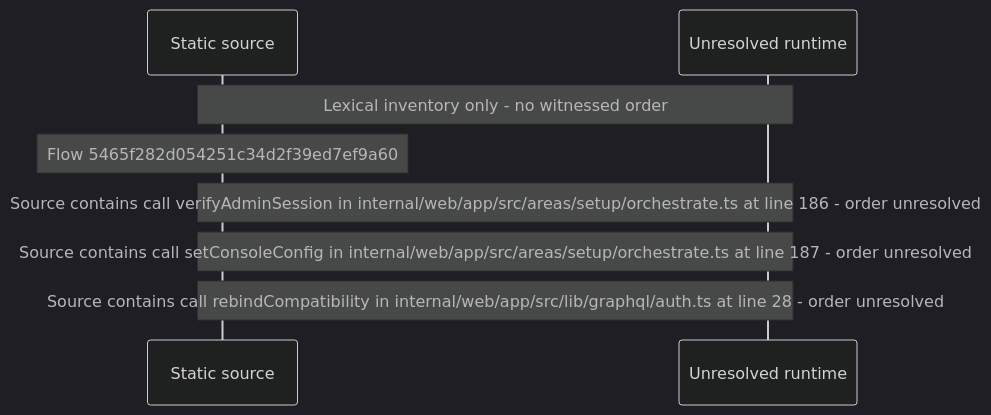
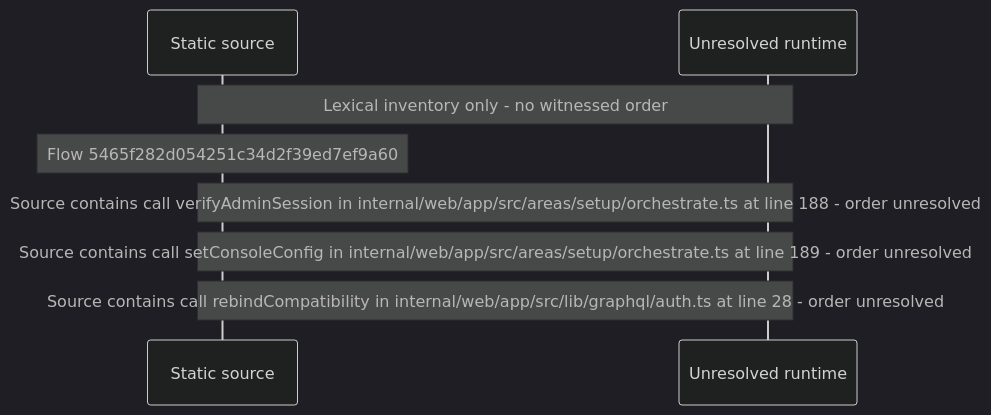
One commit to beamfall/core changed the diagram in docs/web/flows/generated/5465f282d054251c34d2f39ed7ef9a60/flow-diagram.md. Above: the diagram before and after it, drawn with Mermaid (dark theme). The commit also changed other lines of this file and 715 other files, not shown here.

First line of the commit message:
Regenerate the web flow record on main after CORE-1117

````diff
--- a/docs/web/flows/generated/5465f282d054251c34d2f39ed7ef9a60/flow-diagram.md
+++ b/docs/web/flows/generated/5465f282d054251c34d2f39ed7ef9a60/flow-diagram.md
@@ -10,10 +10,10 @@
 ```mermaid
 sequenceDiagram
     participant S as Static source
     participant U as Unresolved runtime
     Note over S,U: Lexical inventory only - no witnessed order
     Note over S: Flow 5465f282d054251c34d2f39ed7ef9a60
-    Note over S,U: Source contains call verifyAdminSession in internal/web/app/src/areas/setup/orchestrate.ts at line 186 - order unresolved
-    Note over S,U: Source contains call setConsoleConfig in internal/web/app/src/areas/setup/orchestrate.ts at line 187 - order unresolved
+    Note over S,U: Source contains call verifyAdminSession in internal/web/app/src/areas/setup/orchestrate.ts at line 188 - order unresolved
+    Note over S,U: Source contains call setConsoleConfig in internal/web/app/src/areas/setup/orchestrate.ts at line 189 - order unresolved
     Note over S,U: Source contains call rebindCompatibility in internal/web/app/src/lib/graphql/auth.ts at line 28 - order unresolved
 ```
````
